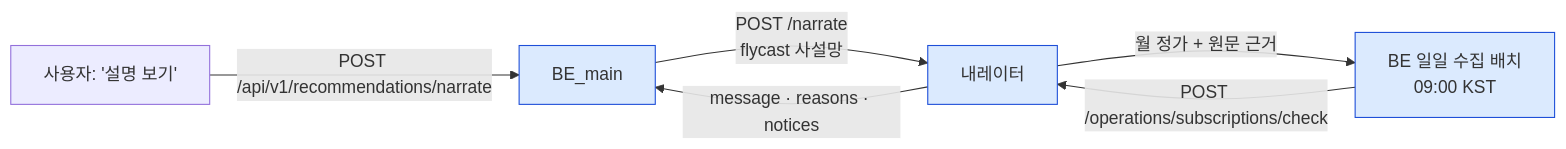
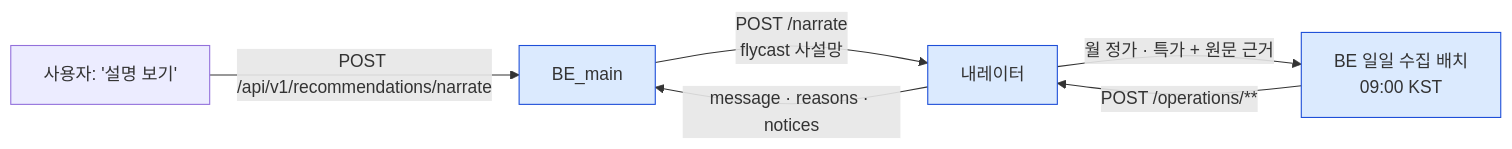
The diagram in README.md (yogoB/AI-), drawn with Mermaid before and after one commit. The commit also changed other lines of this file and 4 other files, not shown here.

````diff
--- a/README.md
+++ b/README.md
@@ -26,11 +27,11 @@
 ```mermaid
 flowchart LR
     U["사용자: '설명 보기'"] -->|"POST /api/v1/recommendations/narrate"| B["BE_main"]
     B -->|"POST /narrate<br/>flycast 사설망"| N["내레이터"]
     N -->|"message · reasons · notices"| B
-    H["BE 일일 수집 배치<br/>09:00 KST"] -->|"POST /operations/subscriptions/check"| N
-    N -->|"월 정가 + 원문 근거"| H
+    H["BE 일일 수집 배치<br/>09:00 KST"] -->|"POST /operations/**"| N
+    N -->|"월 정가 · 특가 + 원문 근거"| H
 
     classDef ours fill:#dbeafe,stroke:#1d4ed8
     class B,N,H ours
 ```
````
